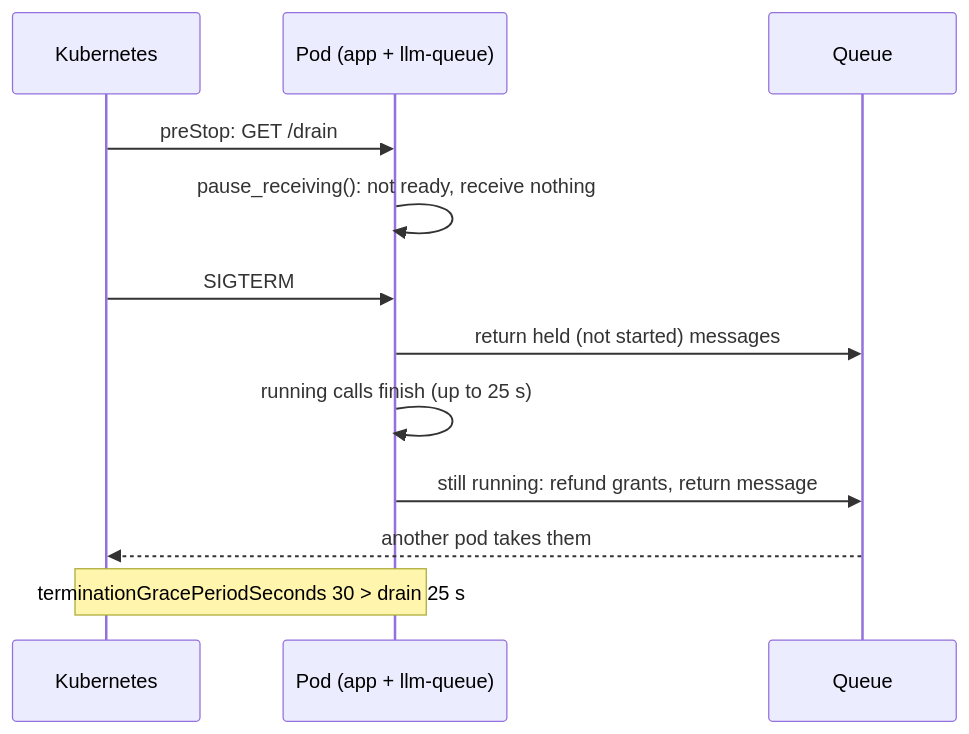
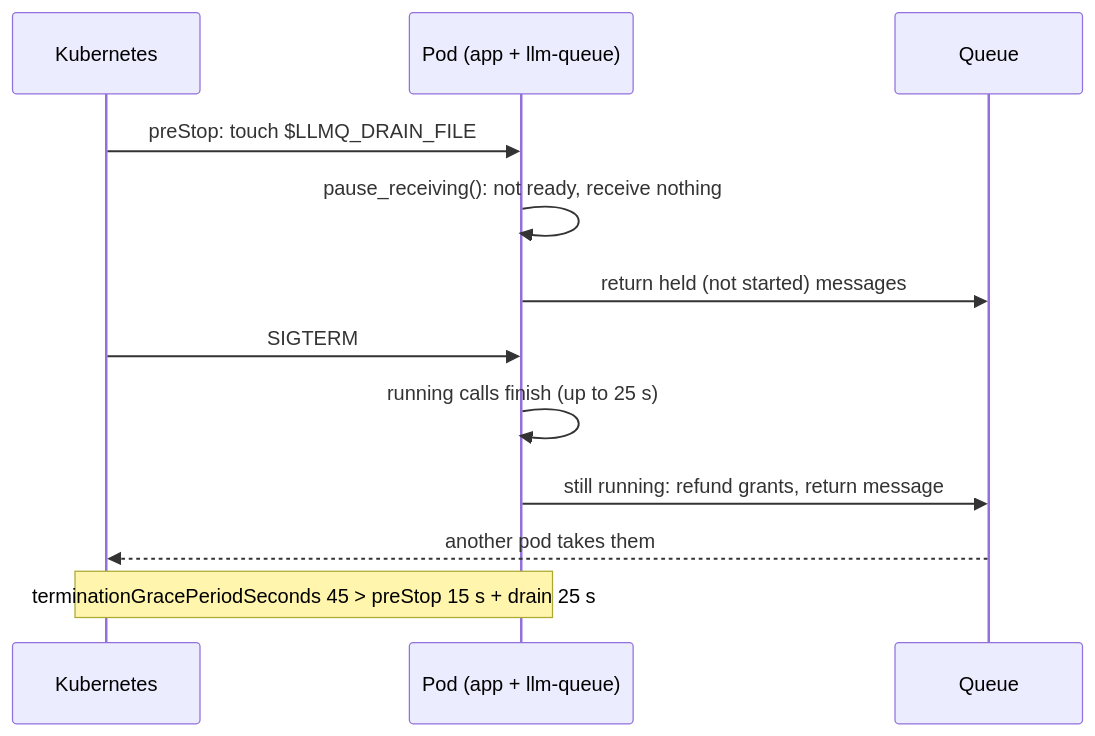
The diagram in docs/how-to/operate.md (techiewonk/llm-queue), drawn with Mermaid before and after one commit. The commit also changed other lines of this file and 4 other files, not shown here.

````diff
--- a/docs/how-to/operate.md
+++ b/docs/how-to/operate.md
@@ -37,14 +37,14 @@
 ```mermaid
 sequenceDiagram
   participant K as Kubernetes
   participant P as Pod (app + llm-queue)
   participant Q as Queue
-  K->>P: preStop: GET /drain
+  K->>P: preStop: touch $LLMQ_DRAIN_FILE
   P->>P: pause_receiving(): not ready, receive nothing
+  P->>Q: return held (not started) messages
   K->>P: SIGTERM
-  P->>Q: return held (not started) messages
   P->>P: running calls finish (up to 25 s)
   P->>Q: still running: refund grants, return message
   Q-->>K: another pod takes them
-  Note over K,P: terminationGracePeriodSeconds 30 > drain 25 s
+  Note over K,P: terminationGracePeriodSeconds 45 > preStop 15 s + drain 25 s
 ```
````
